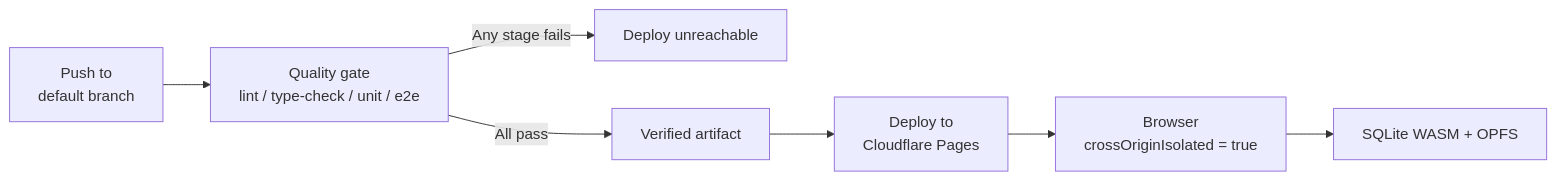
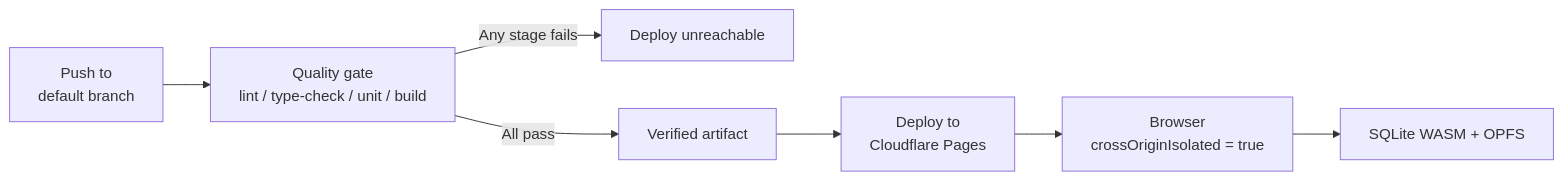
One commit to gjchentw/mmex-pwa changed the fourth of 4 diagrams in openspec/changes/infrastructure-baseline/specs/infrastructure-baseline/spec.md. Above: the diagram before and after it, drawn with Mermaid. The commit also changed other lines of this file and 7 other files, not shown here.

````diff
--- a/openspec/changes/infrastructure-baseline/specs/infrastructure-baseline/spec.md
+++ b/openspec/changes/infrastructure-baseline/specs/infrastructure-baseline/spec.md
@@ -378,9 +377,9 @@
 ```mermaid
 flowchart LR
-    A[Push to<br/>default branch] --> B[Quality gate<br/>lint / type-check / unit / e2e]
+    A[Push to<br/>default branch] --> B[Quality gate<br/>lint / type-check / unit / build]
     B -->|Any stage fails| C[Deploy unreachable]
     B -->|All pass| D[Verified artifact]
     D --> E[Deploy to<br/>Cloudflare Pages]
     E --> F[Browser<br/>crossOriginIsolated = true]
     F --> G[SQLite WASM + OPFS]
 ```
````
